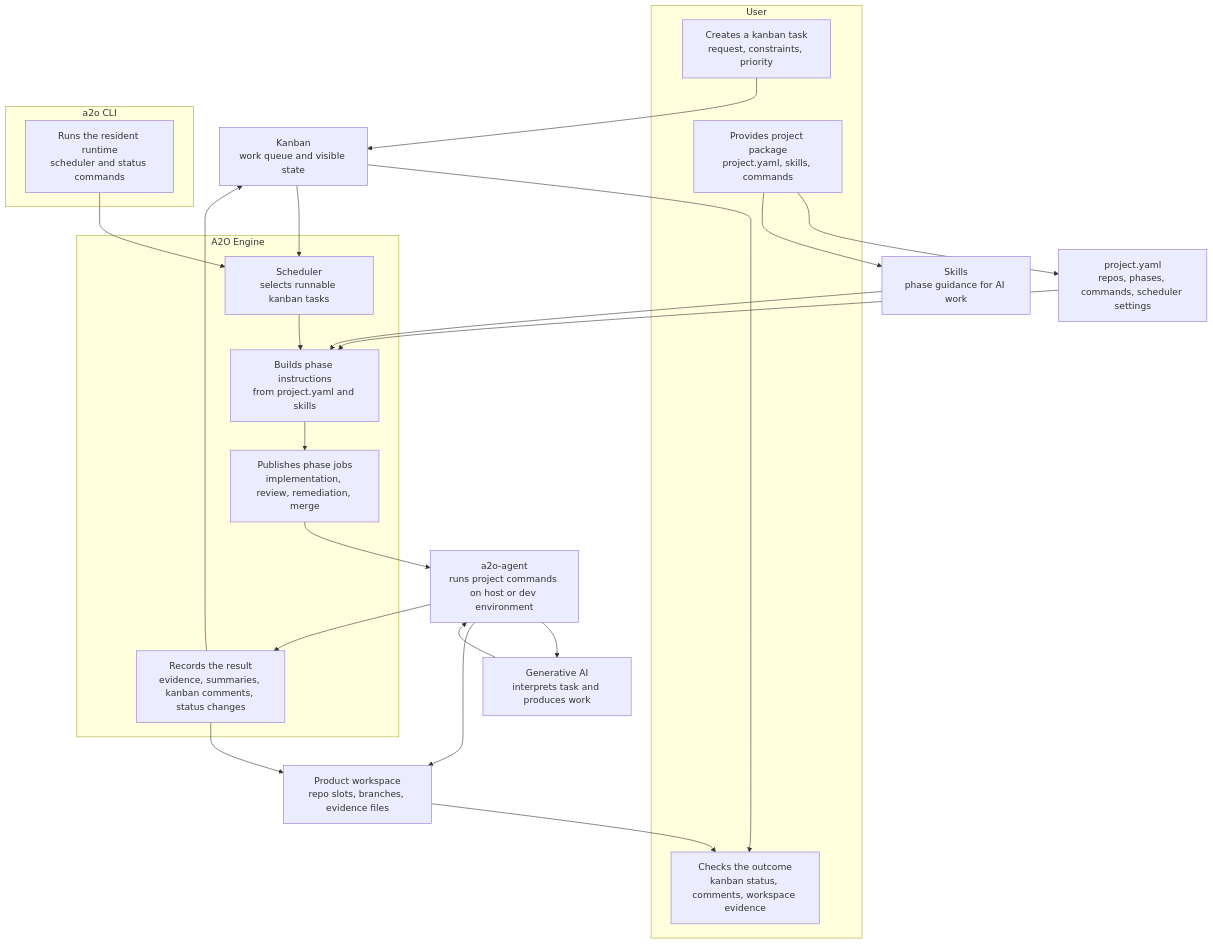
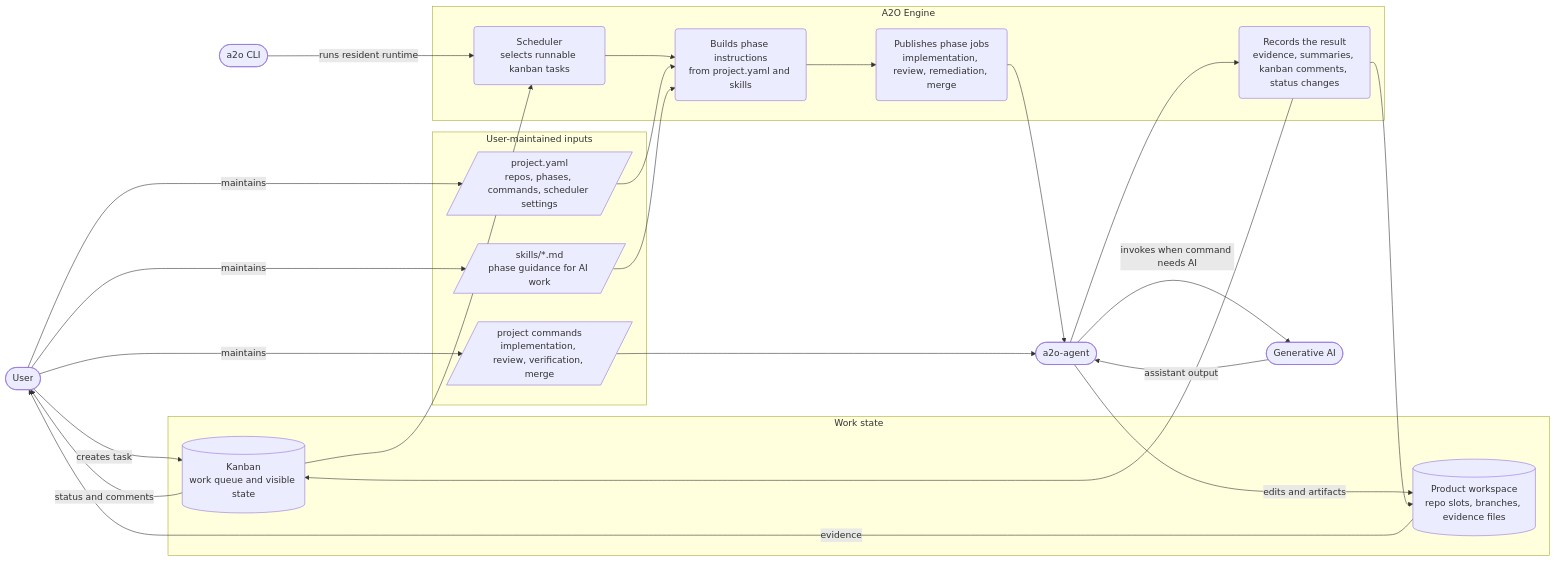
One commit to wamukat/a2o changed the diagram in docs/en/dev/00-design-map.md. Above: the diagram before and after it, drawn with Mermaid. The commit also changed 1 other file, not shown here.

Commit message:
A2O#86 Improve architecture diagram semantics

````diff
--- a/docs/en/dev/00-design-map.md
+++ b/docs/en/dev/00-design-map.md
@@ -14,45 +14,46 @@
 ```mermaid
-flowchart TB
-  subgraph User["User"]
-    Task["Creates a kanban task\nrequest, constraints, priority"]
-    Package["Provides project package\nproject.yaml, skills, commands"]
-    Observe["Checks the outcome\nkanban status, comments, workspace evidence"]
+flowchart LR
+  User([User])
+  CLI([a2o CLI])
+  Agent([a2o-agent])
+  AI([Generative AI])
+
+  subgraph Inputs["User-maintained inputs"]
+    ProjectYaml[/project.yaml\nrepos, phases, commands, scheduler settings/]
+    Skills[/skills/*.md\nphase guidance for AI work/]
+    Commands[/project commands\nimplementation, review, verification, merge/]
   end
 
-  subgraph CLI["a2o CLI"]
-    Runtime["Runs the resident runtime\nscheduler and status commands"]
+  subgraph Work["Work state"]
+    Kanban[(Kanban\nwork queue and visible state)]
+    Workspace[(Product workspace\nrepo slots, branches, evidence files)]
   end
 
   subgraph Engine["A2O Engine"]
-    Scheduler["Scheduler\nselects runnable kanban tasks"]
-    Plan["Builds phase instructions\nfrom project.yaml and skills"]
-    Execute["Publishes phase jobs\nimplementation, review, remediation, merge"]
-    Report["Records the result\nevidence, summaries, kanban comments, status changes"]
+    Scheduler(Scheduler\nselects runnable kanban tasks)
+    Plan(Builds phase instructions\nfrom project.yaml and skills)
+    Publish(Publishes phase jobs\nimplementation, review, remediation, merge)
+    Report(Records the result\nevidence, summaries, kanban comments, status changes)
   end
 
-  Agent["a2o-agent\nruns project commands on host or dev environment"]
-  AI["Generative AI\ninterprets task and produces work"]
-  Kanban["Kanban\nwork queue and visible state"]
-  ProjectYaml["project.yaml\nrepos, phases, commands, scheduler settings"]
-  Skills["Skills\nphase guidance for AI work"]
-  Workspace["Product workspace\nrepo slots, branches, evidence files"]
-
-  Task --> Kanban
-  Package --> ProjectYaml
-  Package --> Skills
-  Runtime --> Scheduler
+  User -->|"creates task"| Kanban
+  User -->|"maintains"| ProjectYaml
+  User -->|"maintains"| Skills
+  User -->|"maintains"| Commands
+  CLI -->|"runs resident runtime"| Scheduler
   Kanban --> Scheduler
   Scheduler --> Plan
   ProjectYaml --> Plan
   Skills --> Plan
-  Plan --> Execute
-  Execute --> Agent
-  Agent --> AI
-  AI --> Agent
-  Agent --> Workspace
+  Plan --> Publish
+  Publish --> Agent
+  Commands --> Agent
+  Agent -->|"invokes when command needs AI"| AI
+  AI -->|"assistant output"| Agent
+  Agent -->|"edits and artifacts"| Workspace
   Agent --> Report
   Report --> Workspace
   Report --> Kanban
-  Kanban --> Observe
-  Workspace --> Observe
+  Kanban -->|"status and comments"| User
+  Workspace -->|"evidence"| User
 ```
````
